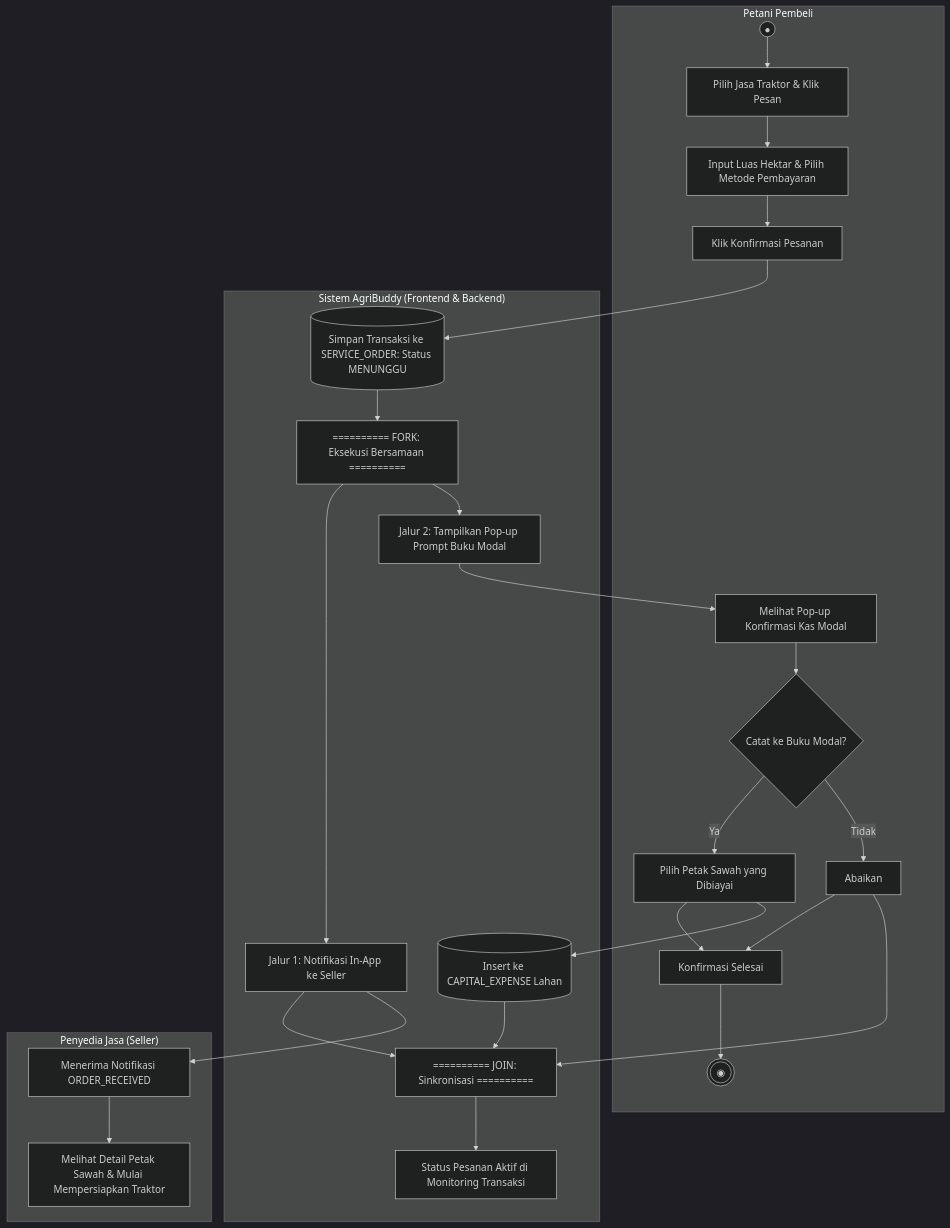
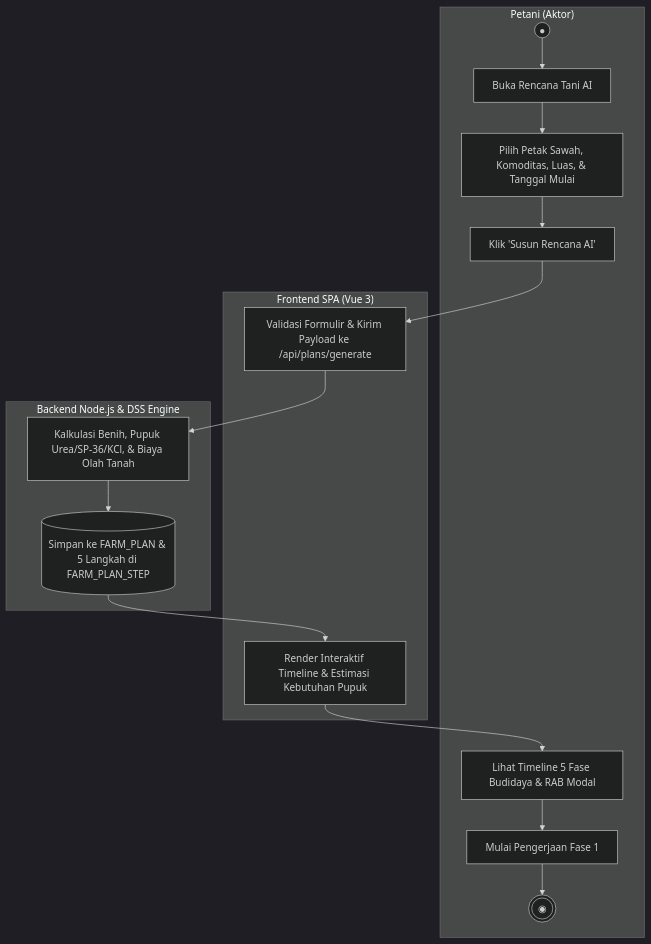
One commit to ombay86/agribuddy changed the third of 6 diagrams in ACTIVITY_DIAGRAM_AgriBuddy.md. Above: the diagram before and after it, drawn with Mermaid (dark theme). The commit also changed other lines of this file and 14 other files, not shown here.

Commit message:
docs: perbarui PRD, ERD, Use Case, Flowchart, dan Activity Diagram sesuai arsitektur Node.js & Gemini AI

````diff
--- a/ACTIVITY_DIAGRAM_AgriBuddy.md
+++ b/ACTIVITY_DIAGRAM_AgriBuddy.md
@@ -255,35 +220,21 @@
 ```mermaid
 flowchart TD
-    subgraph P_Buyer["Petani Pembeli"]
-        A2((●)) --> B2[Pilih Jasa Traktor & Klik Pesan]
-        B2 --> C2[Input Luas Hektar & Pilih Metode Pembayaran]
-        C2 --> D2[Klik Konfirmasi Pesanan]
-        F2[Melihat Pop-up Konfirmasi Kas Modal] --> G2{Catat ke Buku Modal?}
-        G2 -- Ya --> H2[Pilih Petak Sawah yang Dibiayai]
-        G2 -- Tidak --> I2[Abaikan]
-        H2 --> J2[Konfirmasi Selesai]
-        I2 --> J2
-        J2 --> K2(((◉)))
+    subgraph P_Petani["Petani (Aktor)"]
+        A2((●)) --> B2[Buka Rencana Tani AI]
+        B2 --> C2[Pilih Petak Sawah, Komoditas, Luas, & Tanggal Mulai]
+        C2 --> D2[Klik 'Susun Rencana AI']
+        H2[Lihat Timeline 5 Fase Budidaya & RAB Modal] --> I2[Mulai Pengerjaan Fase 1]
+        I2 --> J2(((◉)))
     end
 
-    subgraph P_System["Sistem AgriBuddy (Frontend & Backend)"]
-        D2 --> E2[(Simpan Transaksi ke SERVICE_ORDER: Status MENUNGGU)]
-        E2 --> ForkBar[========== FORK: Eksekusi Bersamaan ==========]
-        
-        ForkBar --> Path1[Jalur 1: Notifikasi In-App ke Seller]
-        ForkBar --> Path2[Jalur 2: Tampilkan Pop-up Prompt Buku Modal]
-        
-        Path2 --> F2
-        H2 --> SaveExp[(Insert ke CAPITAL_EXPENSE Lahan)]
-        
-        Path1 --> JoinBar[========== JOIN: Sinkronisasi ==========]
-        SaveExp --> JoinBar
-        I2 --> JoinBar
-        JoinBar --> StatusReady[Status Pesanan Aktif di Monitoring Transaksi]
+    subgraph P_Frontend["Frontend SPA (Vue 3)"]
+        D2 --> E2[Validasi Formulir & Kirim Payload ke /api/plans/generate]
+        G2[Render Interaktif Timeline & Estimasi Kebutuhan Pupuk] --> H2
     end
 
-    subgraph P_Seller["Penyedia Jasa (Seller)"]
-        Path1 --> M2[Menerima Notifikasi ORDER_RECEIVED]
-        M2 --> N2[Melihat Detail Petak Sawah & Mulai Mempersiapkan Traktor]
+    subgraph P_Backend["Backend Node.js & DSS Engine"]
+        E2 --> F2[Kalkulasi Benih, Pupuk Urea/SP-36/KCl, & Biaya Olah Tanah]
+        F2 --> K2[(Simpan ke FARM_PLAN & 5 Langkah di FARM_PLAN_STEP)]
+        K2 --> G2
     end
 ```
````
